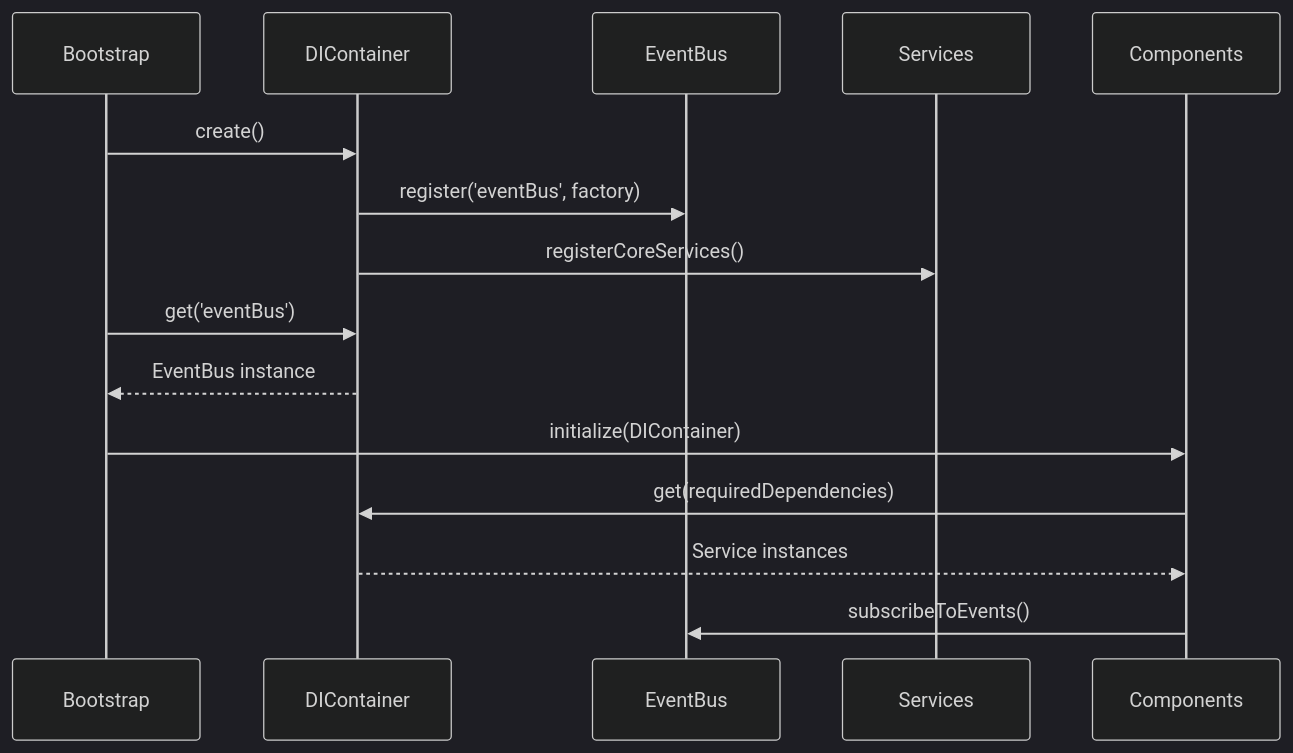
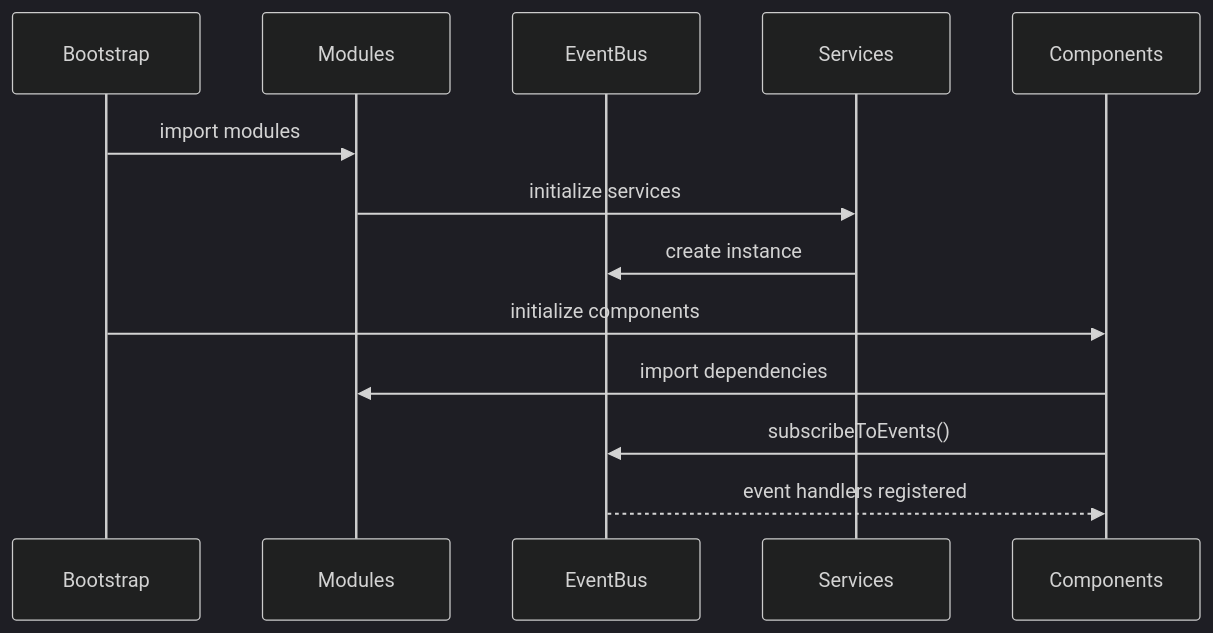
One commit to crosspostly/ai_clicker changed the fourth of 4 diagrams in ARCHITECTURE.md. Above: the diagram before and after it, drawn with Mermaid (dark theme). The commit also changed other lines of this file and 18 other files, not shown here.

````diff
--- a/ARCHITECTURE.md
+++ b/ARCHITECTURE.md
@@ -277,21 +310,18 @@
 ```mermaid
 sequenceDiagram
     participant Bootstrap
-    participant DIContainer
+    participant Modules
     participant EventBus
     participant Services
     participant Components
     
-    Bootstrap->>DIContainer: create()
-    DIContainer->>EventBus: register('eventBus', factory)
-    DIContainer->>Services: registerCoreServices()
+    Bootstrap->>Modules: import modules
+    Modules->>Services: initialize services
+    Services->>EventBus: create instance
     
-    Bootstrap->>DIContainer: get('eventBus')
-    DIContainer-->>Bootstrap: EventBus instance
-    
-    Bootstrap->>Components: initialize(DIContainer)
-    Components->>DIContainer: get(requiredDependencies)
-    DIContainer-->>Components: Service instances
+    Bootstrap->>Components: initialize components
+    Components->>Modules: import dependencies
     
     Components->>EventBus: subscribeToEvents()
+    EventBus-->>Components: event handlers registered
 ```
````
